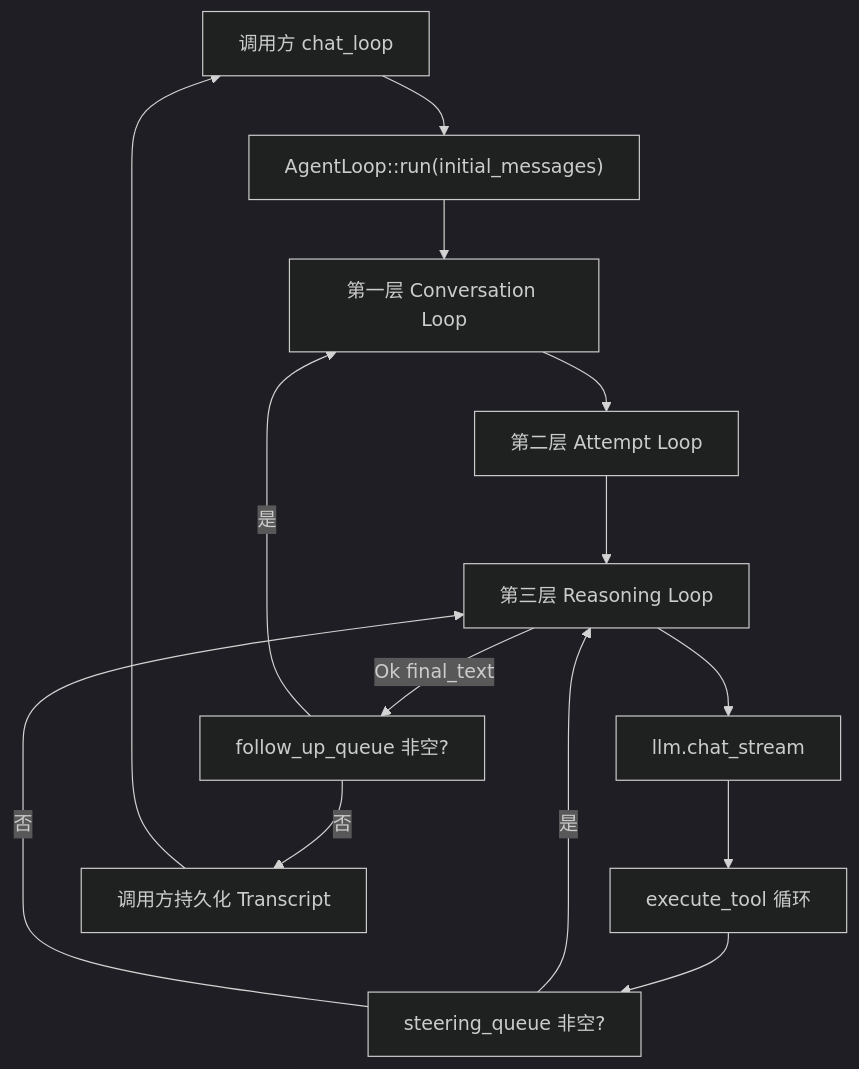
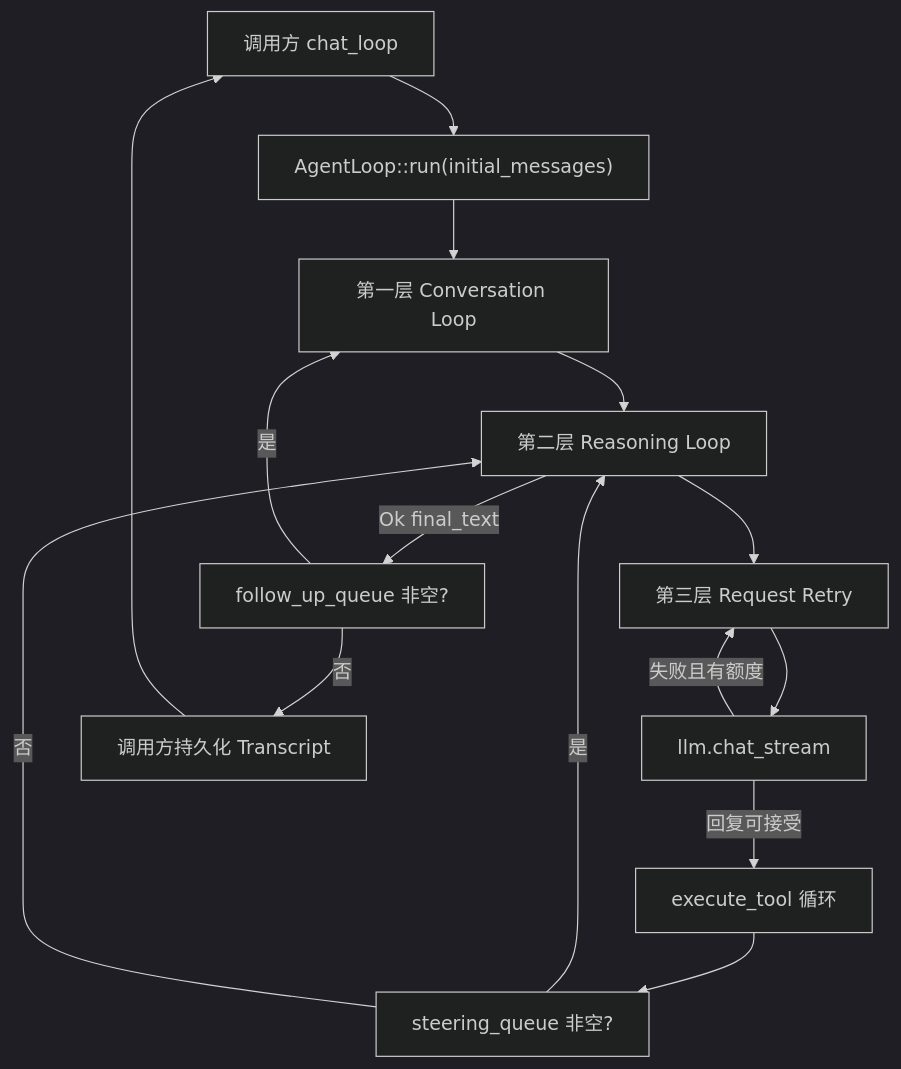
One commit to teisun/tomcat-agent changed the diagram in tomcat/src/core/README.md. Above: the diagram before and after it, drawn with Mermaid (dark theme). The commit also changed other lines of this file and 46 other files, not shown here.

````diff
--- a/tomcat/src/core/README.md
+++ b/tomcat/src/core/README.md
@@ -121,27 +118,28 @@
 ```mermaid
 flowchart TD
     Caller["调用方 chat_loop"]
     Run["AgentLoop::run(initial_messages)"]
     Conv["第一层 Conversation Loop"]
-    Attempt["第二层 Attempt Loop"]
-    Reason["第三层 Reasoning Loop"]
+    Attempt["第三层 Request Retry"]
+    Reason["第二层 Reasoning Loop"]
     LLM["llm.chat_stream"]
     Tools["execute_tool 循环"]
     SteeringCheck["steering_queue 非空?"]
     FollowUpCheck["follow_up_queue 非空?"]
     Persist["调用方持久化 Transcript"]
 
     Caller --> Run
     Run --> Conv
-    Conv --> Attempt
-    Attempt --> Reason
-    Reason --> LLM
-    LLM --> Tools
+    Conv --> Reason
+    Reason --> Attempt
+    Attempt --> LLM
+    LLM -->|失败且有额度| Attempt
+    LLM -->|回复可接受| Tools
     Tools --> SteeringCheck
     SteeringCheck -->|是| Reason
     SteeringCheck -->|否| Reason
     Reason -->|Ok final_text| FollowUpCheck
     FollowUpCheck -->|是| Conv
     FollowUpCheck -->|否| Persist
     Persist --> Caller
 ```
````
